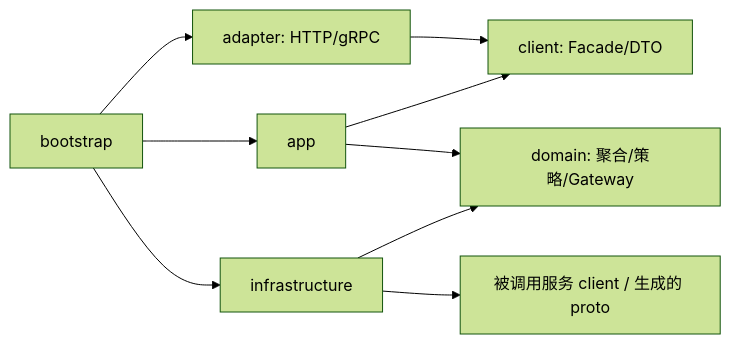
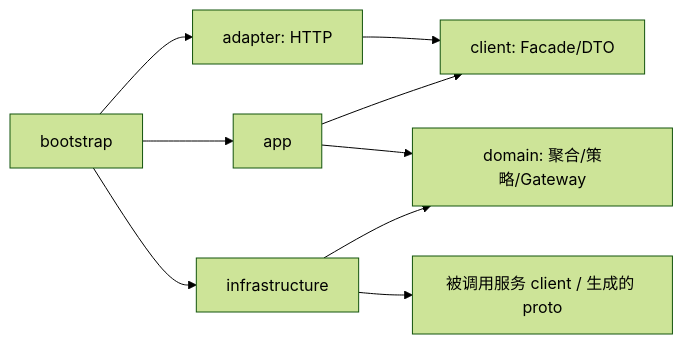
Before and after one commit to loadup-cloud/loadup-pay: the first of 2 diagrams in DETAILED-DESIGN.md, drawn with Mermaid (forest theme). The commit also changed other lines of this file and 186 other files, not shown here.

````diff
--- a/DETAILED-DESIGN.md
+++ b/DETAILED-DESIGN.md
@@ -42,11 +43,11 @@
 ```mermaid
 flowchart LR
-  B[bootstrap] --> W[adapter: HTTP/gRPC]
+  B[bootstrap] --> W[adapter: HTTP]
   B --> I[infrastructure]
   B --> A[app]
   W --> C[client: Facade/DTO]
   A --> C
   A --> D[domain: 聚合/策略/Gateway]
   I --> D
   I --> TC[被调用服务 client / 生成的 proto]
 ```
````
